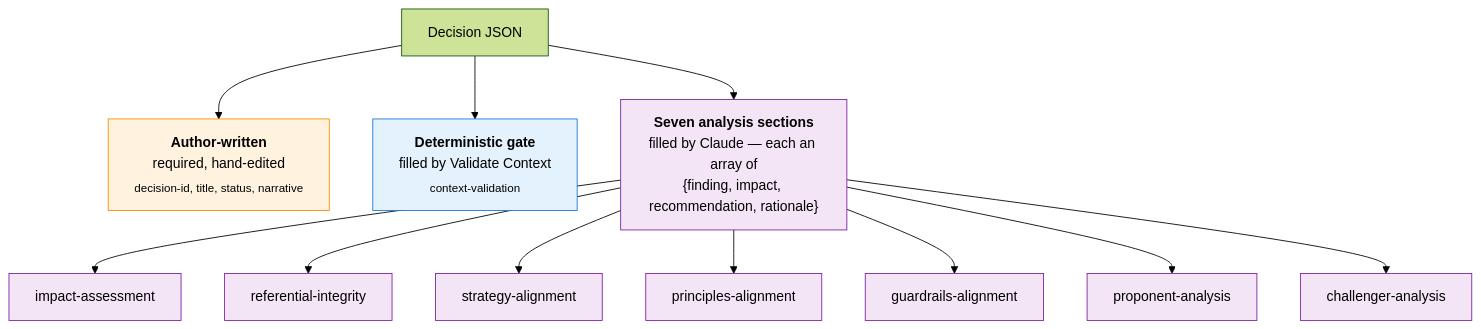
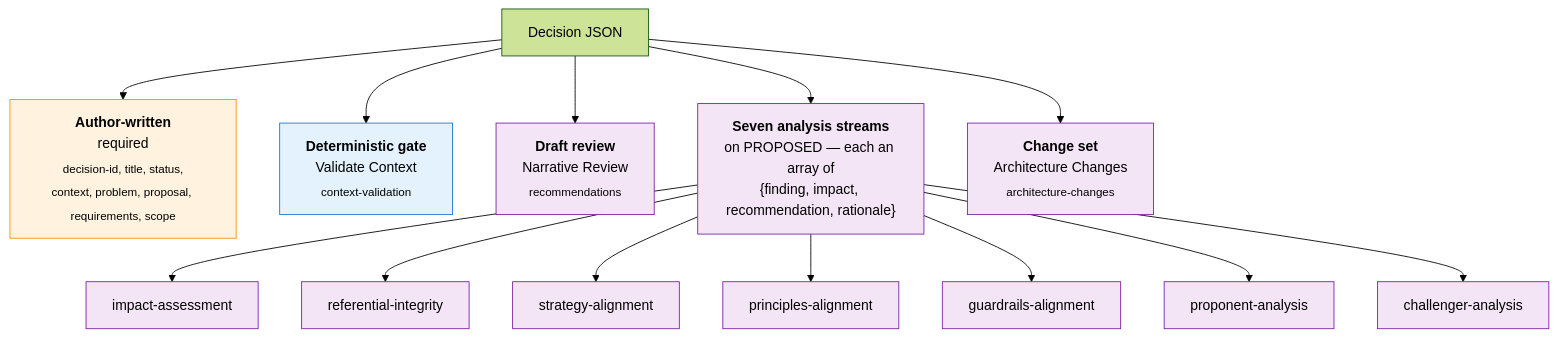
One commit to dan-eastley/pickle changed the diagram in docs/schemas/decision.md. Above: the diagram before and after it, drawn with Mermaid (forest theme). The commit also changed other lines of this file and 1 other file, not shown here.

First line of the commit message:
TT-3: refresh decision schema doc + document the post-proposed workflows

````diff
--- a/docs/schemas/decision.md
+++ b/docs/schemas/decision.md
@@ -14,24 +14,26 @@
 ```mermaid
 flowchart TB
     DJ[Decision JSON]
 
-    DJ --> Author["<b>Author-written</b><br/>required, hand-edited<br/><sub>decision-id, title, status, narrative</sub>"]
-    DJ --> Det["<b>Deterministic gate</b><br/>filled by Validate Context<br/><sub>context-validation</sub>"]
-    DJ --> AI["<b>Seven analysis sections</b><br/>filled by Claude — each an array of<br/>{finding, impact, recommendation, rationale}"]
+    DJ --> Author["<b>Author-written</b><br/>required<br/><sub>decision-id, title, status,<br/>context, problem, proposal, requirements, scope</sub>"]
+    DJ --> Det["<b>Deterministic gate</b><br/>Validate Context<br/><sub>context-validation</sub>"]
+    DJ --> Draft["<b>Draft review</b><br/>Narrative Review<br/><sub>recommendations</sub>"]
+    DJ --> AI["<b>Seven analysis streams</b><br/>on PROPOSED — each an array of<br/>{finding, impact, recommendation, rationale}"]
+    DJ --> CH2["<b>Change set</b><br/>Architecture Changes<br/><sub>architecture-changes</sub>"]
 
     AI --> AR[impact-assessment]
     AI --> RI[referential-integrity]
     AI --> SA[strategy-alignment]
     AI --> PA[principles-alignment]
     AI --> GA[guardrails-alignment]
     AI --> PR[proponent-analysis]
-    AI --> CH[challenger-analysis]
+    AI --> CHx[challenger-analysis]
 
     classDef auth fill:#fff3e0,stroke:#fb8c00,color:#000
     classDef det fill:#e3f2fd,stroke:#1976d2,color:#000
     classDef ai fill:#f3e5f5,stroke:#7b1fa2,color:#000
 
     class Author auth
     class Det det
-    class AI,AR,RI,SA,PA,GA,PR,CH ai
+    class Draft,AI,AR,RI,SA,PA,GA,PR,CHx,CH2 ai
 ```
````
